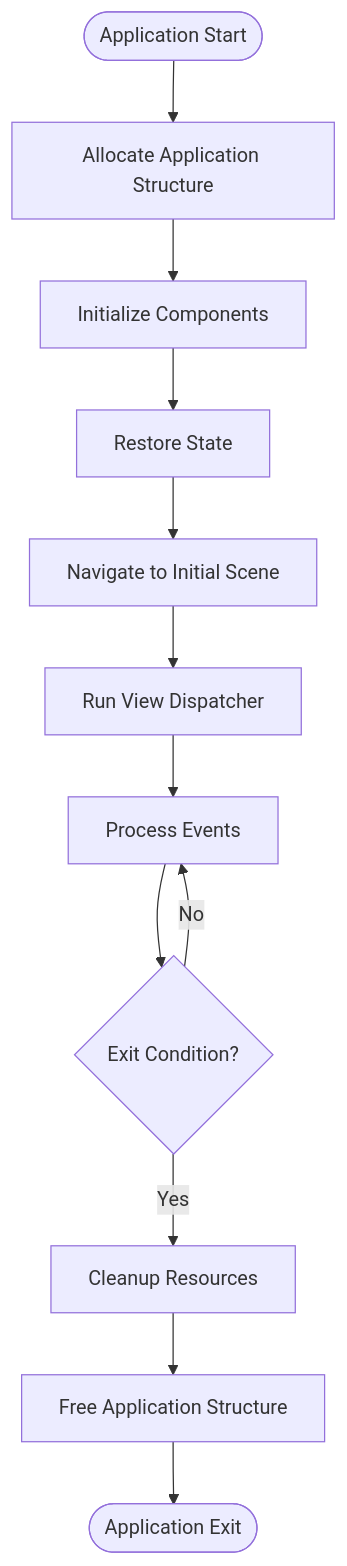
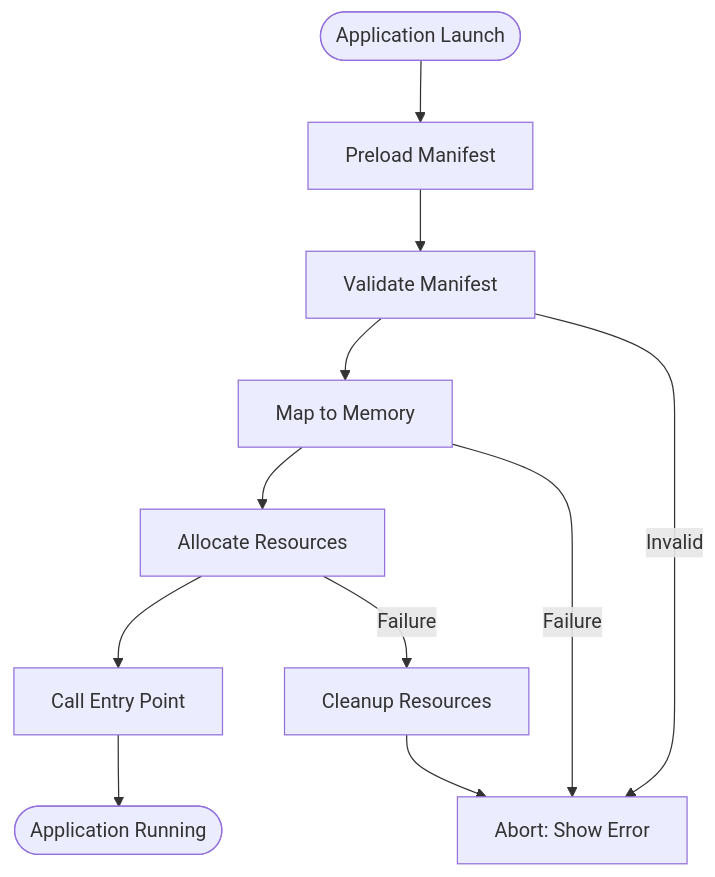
One commit to frostybittn/flipperzero-firmware-wPlugins changed the second of 5 diagrams in .qoder/repowiki/en/content/Application Development/Application Development.md. Above: the diagram before and after it, drawn with Mermaid. The commit also changed other lines of this file and 81 other files, not shown here.

````diff
--- a/.qoder/repowiki/en/content/Application Development/Application Development.md
+++ b/.qoder/repowiki/en/content/Application Development/Application Development.md
@@ -193,14 +133,13 @@
 ```mermaid
 flowchart TD
-Start([Application Start]) --> Allocate["Allocate Application Structure"]
-Allocate --> Initialize["Initialize Components"]
-Initialize --> Restore["Restore State"]
-Restore --> Navigate["Navigate to Initial Scene"]
-Navigate --> Run["Run View Dispatcher"]
-Run --> Process["Process Events"]
-Process --> CheckExit{"Exit Condition?"}
-CheckExit --> |No| Process
-CheckExit --> |Yes| Cleanup["Cleanup Resources"]
-Cleanup --> Free["Free Application Structure"]
-Free --> End([Application Exit])
+Start([Application Launch]) --> ManifestPreload["Preload Manifest"]
+ManifestPreload --> Validation["Validate Manifest"]
+Validation --> MemoryMap["Map to Memory"]
+MemoryMap --> ResourceAlloc["Allocate Resources"]
+ResourceAlloc --> EntryPoint["Call Entry Point"]
+EntryPoint --> Running([Application Running])
+Validation --> |Invalid| Abort["Abort: Show Error"]
+MemoryMap --> |Failure| Abort
+ResourceAlloc --> |Failure| Cleanup["Cleanup Resources"]
+Cleanup --> Abort
 ```
````
